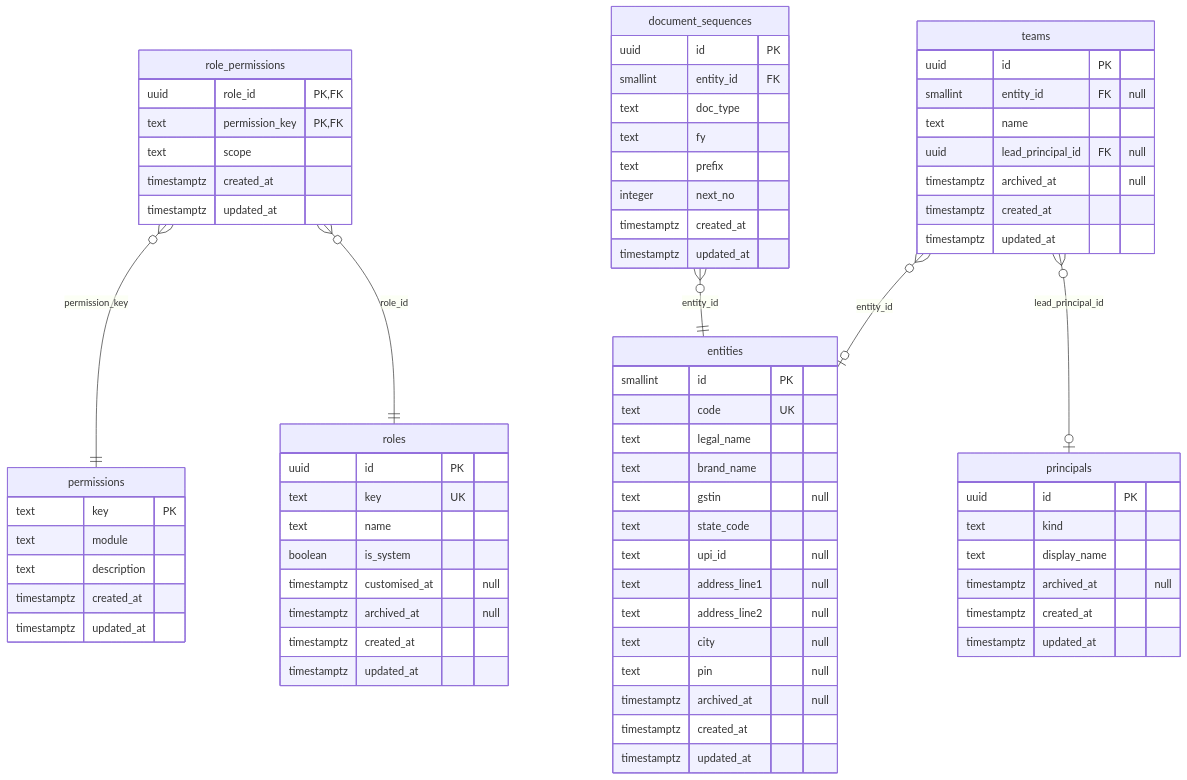
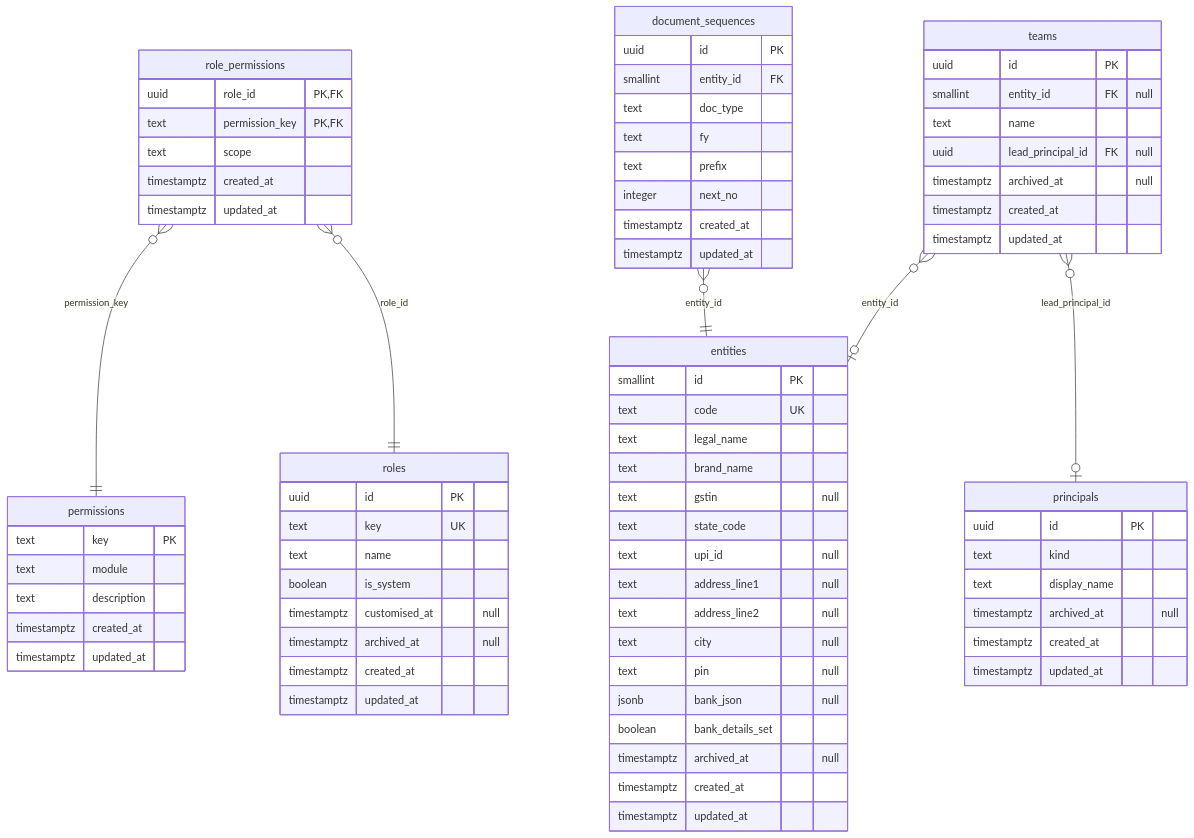
Before and after one commit to techaust/shakti_prime: the first of 14 diagrams in docs/data/ERD.md, drawn with Mermaid. The commit also changed other lines of this file and 6 other files, not shown here.

````diff
--- a/docs/data/ERD.md
+++ b/docs/data/ERD.md
@@ -9,75 +9,77 @@
 ```mermaid
 erDiagram
   document_sequences {
     uuid id PK
     smallint entity_id FK
     text doc_type
     text fy
     text prefix
     integer next_no
     timestamptz created_at
     timestamptz updated_at
   }
   entities {
     smallint id PK
     text code UK
     text legal_name
     text brand_name
     text gstin "null"
     text state_code
     text upi_id "null"
     text address_line1 "null"
     text address_line2 "null"
     text city "null"
     text pin "null"
+    jsonb bank_json "null"
+    boolean bank_details_set
     timestamptz archived_at "null"
     timestamptz created_at
     timestamptz updated_at
   }
   permissions {
     text key PK
     text module
     text description
     timestamptz created_at
     timestamptz updated_at
   }
   principals {
     uuid id PK
     text kind
     text display_name
     timestamptz archived_at "null"
     timestamptz created_at
     timestamptz updated_at
   }
   role_permissions {
     uuid role_id PK, FK
     text permission_key PK, FK
     text scope
     timestamptz created_at
     timestamptz updated_at
   }
   roles {
     uuid id PK
     text key UK
     text name
     boolean is_system
     timestamptz customised_at "null"
     timestamptz archived_at "null"
     timestamptz created_at
     timestamptz updated_at
   }
   teams {
     uuid id PK
     smallint entity_id FK "null"
     text name
     uuid lead_principal_id FK "null"
     timestamptz archived_at "null"
     timestamptz created_at
     timestamptz updated_at
   }
   document_sequences }o--|| entities : "entity_id"
   role_permissions }o--|| permissions : "permission_key"
   role_permissions }o--|| roles : "role_id"
   teams }o--o| entities : "entity_id"
   teams }o--o| principals : "lead_principal_id"
 ```
````
